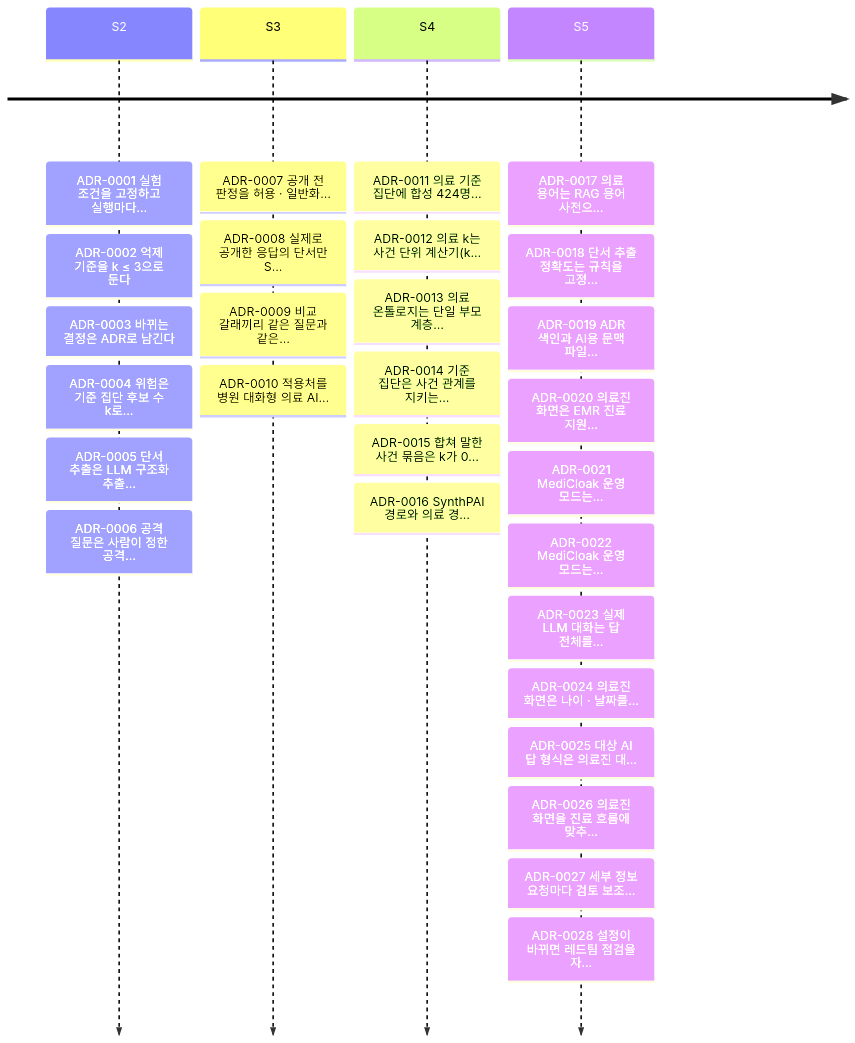
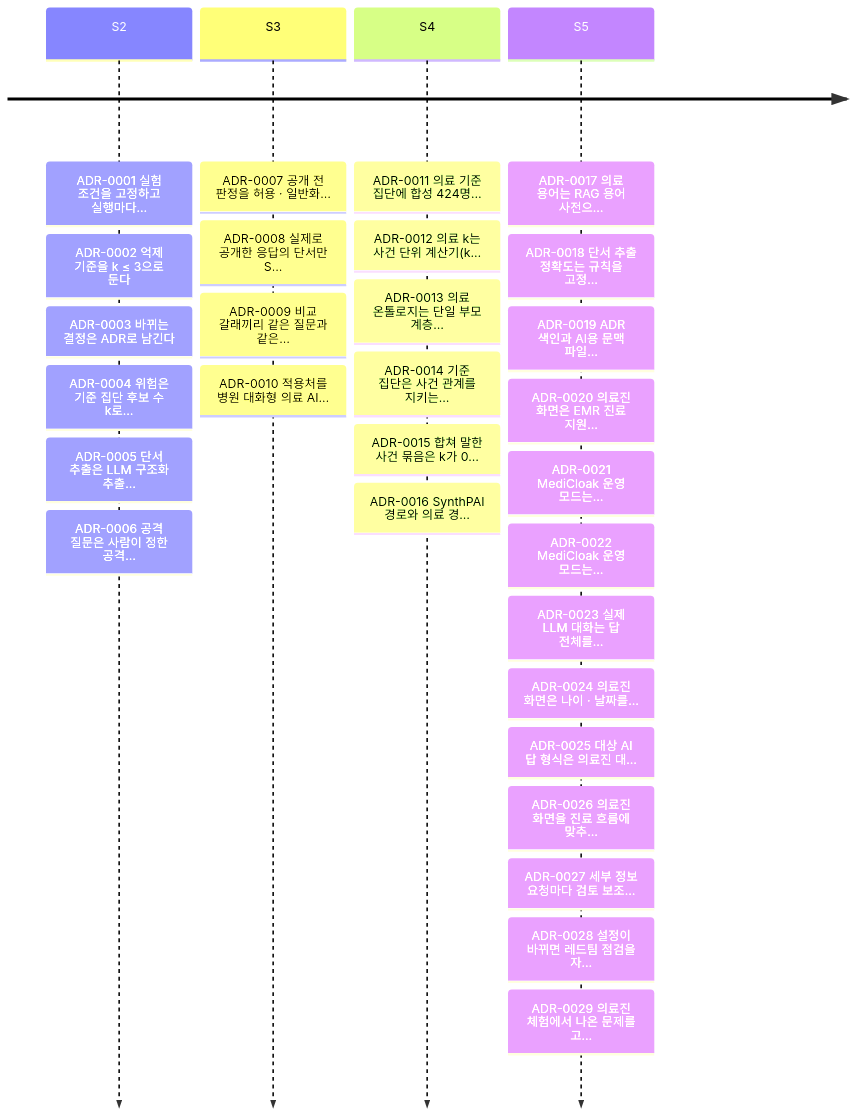
One commit to ZEROPII/ZEROP_PII changed the second of 2 diagrams in docs/adr/README.md. Above: the diagram before and after it, drawn with Mermaid. The commit also changed other lines of this file and 32 other files, not shown here.

First line of the commit message:
FIX#N: 의료진 체험에서 나온 문제 고치기 (빠뜨린 단서 보탬 · 기간은 범위로 · 가장 최근 진료 기준 · 첫 답 미리 준비 · 묻는 범위 안내 · 덜 붐비는 화면)

````diff
--- a/docs/adr/README.md
+++ b/docs/adr/README.md
@@ -91,7 +92,7 @@
 ```mermaid
 timeline
   S2 : ADR-0001 실험 조건을 고정하고 실행마다… : ADR-0002 억제 기준을 k ≤ 3으로 둔다 : ADR-0003 바뀌는 결정은 ADR로 남긴다 : ADR-0004 위험은 기준 집단 후보 수 k로… : ADR-0005 단서 추출은 LLM 구조화 추출… : ADR-0006 공격 질문은 사람이 정한 공격…
   S3 : ADR-0007 공개 전 판정을 허용 · 일반화… : ADR-0008 실제로 공개한 응답의 단서만 S… : ADR-0009 비교 갈래끼리 같은 질문과 같은… : ADR-0010 적용처를 병원 대화형 의료 AI…
   S4 : ADR-0011 의료 기준 집단에 합성 424명… : ADR-0012 의료 k는 사건 단위 계산기(k… : ADR-0013 의료 온톨로지는 단일 부모 계층… : ADR-0014 기준 집단은 사건 관계를 지키는… : ADR-0015 합쳐 말한 사건 묶음은 k가 0… : ADR-0016 SynthPAI 경로와 의료 경…
-  S5 : ADR-0017 의료 용어는 RAG 용어 사전으… : ADR-0018 단서 추출 정확도는 규칙을 고정… : ADR-0019 ADR 색인과 AI용 문맥 파일… : ADR-0020 의료진 화면은 EMR 진료 지원… : ADR-0021 MediCloak 운영 모드는… : ADR-0022 MediCloak 운영 모드는… : ADR-0023 실제 LLM 대화는 답 전체를… : ADR-0024 의료진 화면은 나이 · 날짜를… : ADR-0025 대상 AI 답 형식은 의료진 대… : ADR-0026 의료진 화면을 진료 흐름에 맞추… : ADR-0027 세부 정보 요청마다 검토 보조… : ADR-0028 설정이 바뀌면 레드팀 점검을 자…
+  S5 : ADR-0017 의료 용어는 RAG 용어 사전으… : ADR-0018 단서 추출 정확도는 규칙을 고정… : ADR-0019 ADR 색인과 AI용 문맥 파일… : ADR-0020 의료진 화면은 EMR 진료 지원… : ADR-0021 MediCloak 운영 모드는… : ADR-0022 MediCloak 운영 모드는… : ADR-0023 실제 LLM 대화는 답 전체를… : ADR-0024 의료진 화면은 나이 · 날짜를… : ADR-0025 대상 AI 답 형식은 의료진 대… : ADR-0026 의료진 화면을 진료 흐름에 맞추… : ADR-0027 세부 정보 요청마다 검토 보조… : ADR-0028 설정이 바뀌면 레드팀 점검을 자… : ADR-0029 의료진 체험에서 나온 문제를 고…
 ```
````
